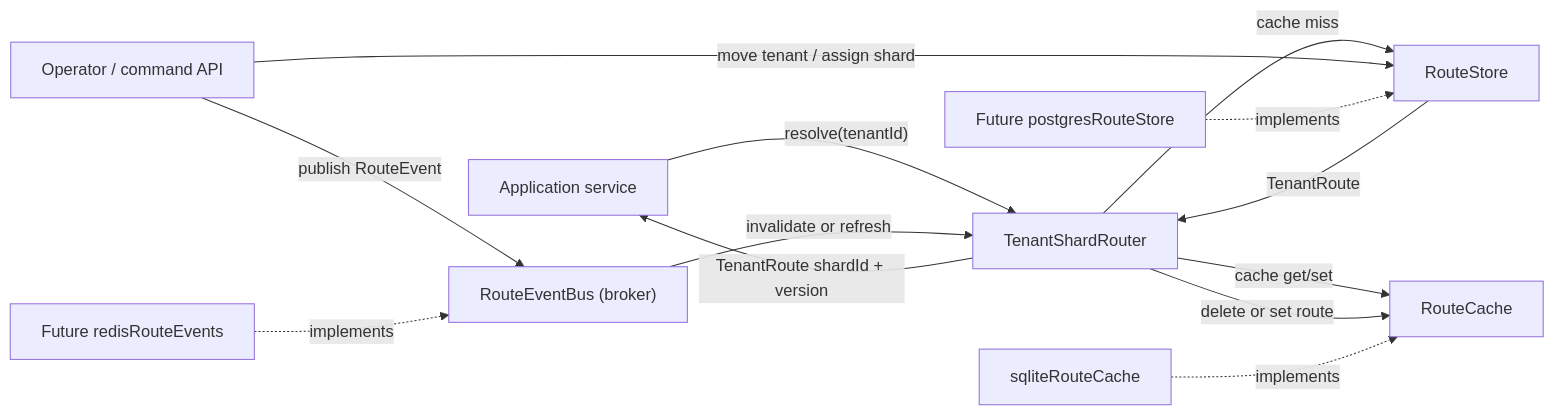
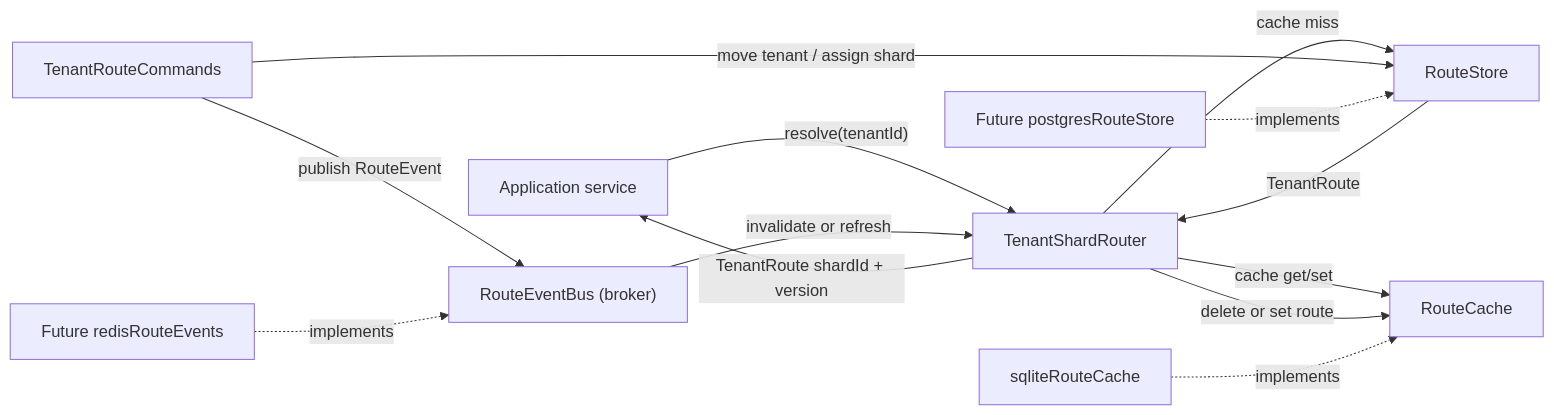
Before and after one commit to wei-yuuuu/tenant-router: the diagram in README.md, drawn with Mermaid. The commit also changed other lines of this file and 2 other files, not shown here.

Commit message:
feat: add tenant route commands

````diff
--- a/README.md
+++ b/README.md
@@ -17,17 +17,17 @@
 ```mermaid
 flowchart LR
   Service["Application service"] -->|"resolve(tenantId)"| Router["TenantShardRouter"]
   Router -->|"cache get/set"| Cache["RouteCache"]
   Router -->|"cache miss"| Store["RouteStore"]
   Store -->|"TenantRoute"| Router
   Router -->|"TenantRoute shardId + version"| Service
 
-  Operator["Operator / command API"] -->|"move tenant / assign shard"| Store
+  Operator["TenantRouteCommands"] -->|"move tenant / assign shard"| Store
   Operator -->|"publish RouteEvent"| Events["RouteEventBus (broker)"]
   Events -->|"invalidate or refresh"| Router
   Router -->|"delete or set route"| Cache
 
   Postgres["Future postgresRouteStore"] -. implements .-> Store
   Redis["Future redisRouteEvents"] -. implements .-> Events
   Sqlite["sqliteRouteCache"] -. implements .-> Cache
 ```
````
